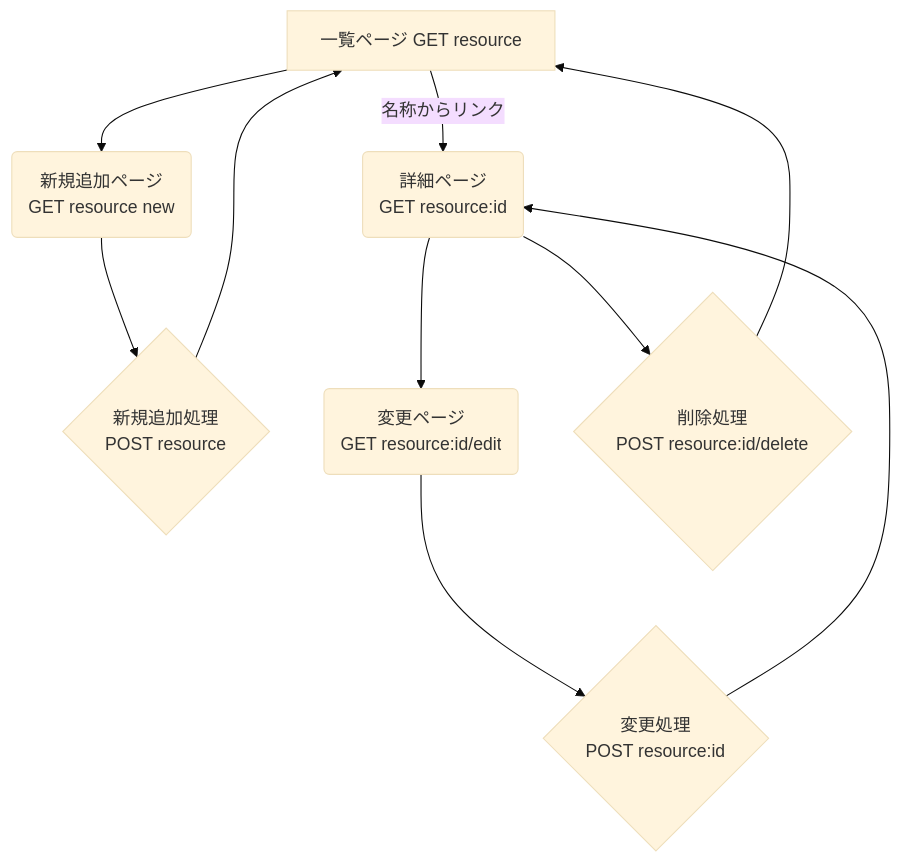
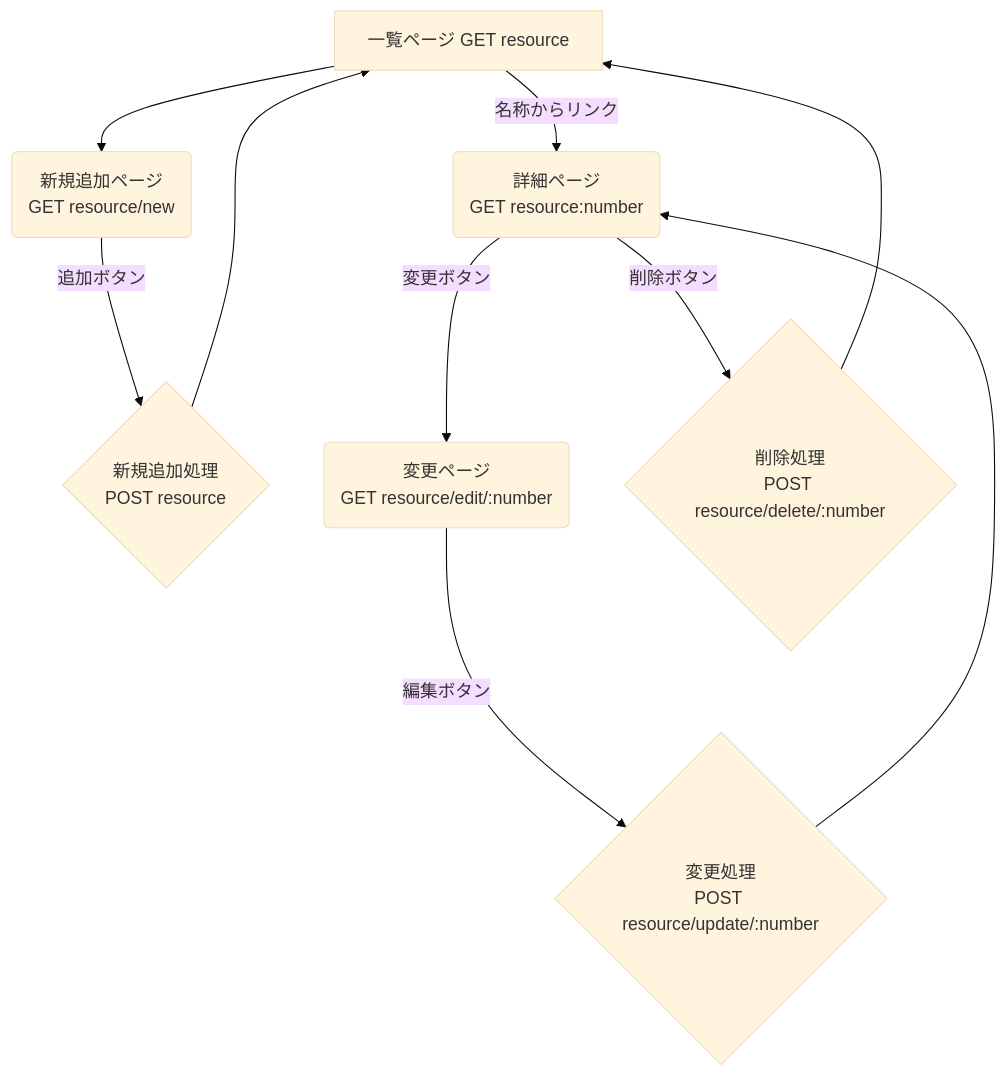
One commit to crab2424/webpro_06 changed the diagram in document/mermaid/spec.md. Above: the diagram before and after it, drawn with Mermaid (base theme). The commit also changed other lines of this file and 1 other file, not shown here.

````diff
--- a/document/mermaid/spec.md
+++ b/document/mermaid/spec.md
@@ -36,15 +48,15 @@
 ```mermaid
 graph TD
-    A[一覧ページ GET resource] --> |名称からリンク|B(詳細ページ<br>GET resource:id);
-    A --> C(新規追加ページ<br>GET resource new);
+    A[一覧ページ GET resource] --> |名称からリンク|B(詳細ページ<br>GET resource:number);
+    A --> C(新規追加ページ<br>GET resource/new);
 
-    C --> D{新規追加処理<br>POST resource};
+    C --> |追加ボタン|D{新規追加処理<br>POST resource};
     D --> A;
 
-    B --> E(変更ページ<br>GET resource:id/edit);
-    B --> F{削除処理<br>POST resource:id/delete};
+    B --> |変更ボタン|E(変更ページ<br>GET resource/edit/:number);
+    B --> |削除ボタン|F{削除処理<br>POST resource/delete/:number};
 
-    E --> G{変更処理<br>POST resource:id};
+    E --> |編集ボタン|G{変更処理<br>POST resource/update/:number};
     G --> B;
     F --> A;
 ```
````
